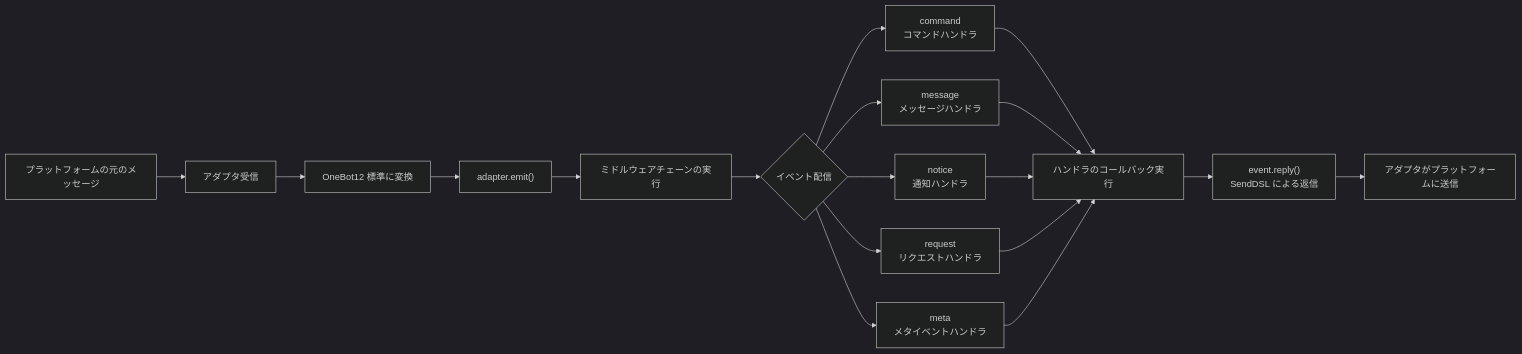
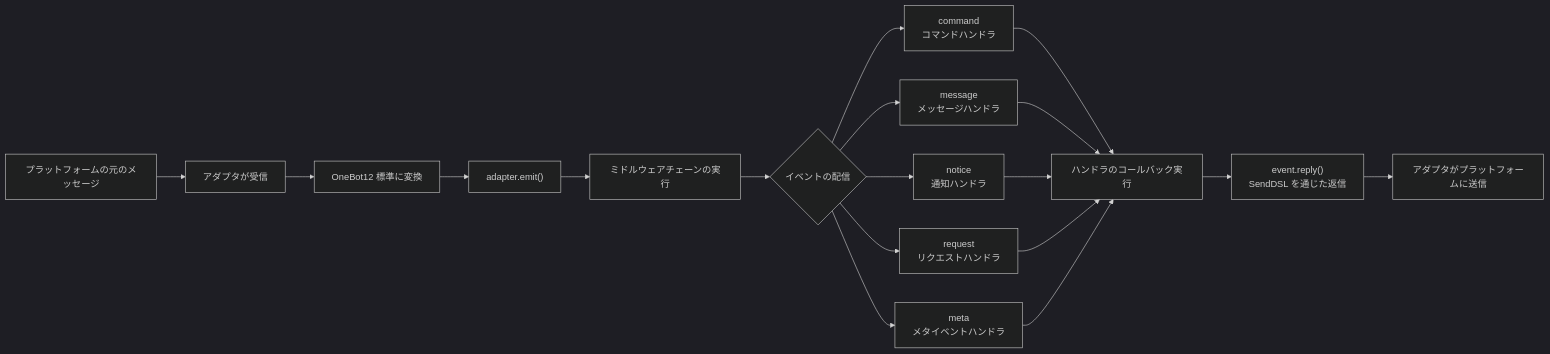
Before and after one commit to ErisPulse/ErisPulse: the third of 9 diagrams in docs/ja/architecture.md, drawn with Mermaid (dark theme). The commit also changed other lines of this file and 299 other files, not shown here.

````diff
--- a/docs/ja/architecture.md
+++ b/docs/ja/architecture.md
@@ -90,16 +90,16 @@
 ```mermaid
 flowchart LR
-    A["プラットフォームの元のメッセージ"] --> B["アダプタ受信"]
+    A["プラットフォームの元のメッセージ"] --> B["アダプタが受信"]
     B --> C["OneBot12 標準に変換"]
     C --> D["adapter.emit()"]
     D --> E["ミドルウェアチェーンの実行"]
-    E --> F{"イベント配信"}
+    E --> F{"イベントの配信"}
     F --> G1["command<br/>コマンドハンドラ"]
     F --> G2["message<br/>メッセージハンドラ"]
     F --> G3["notice<br/>通知ハンドラ"]
     F --> G4["request<br/>リクエストハンドラ"]
     F --> G5["meta<br/>メタイベントハンドラ"]
     G1 & G2 & G3 & G4 & G5 --> H["ハンドラのコールバック実行"]
-    H --> I["event.reply()<br/>SendDSL による返信"]
+    H --> I["event.reply()<br/>SendDSL を通じた返信"]
     I --> J["アダプタがプラットフォームに送信"]
 ```
````
